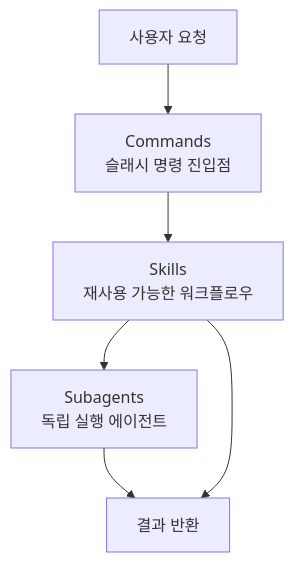
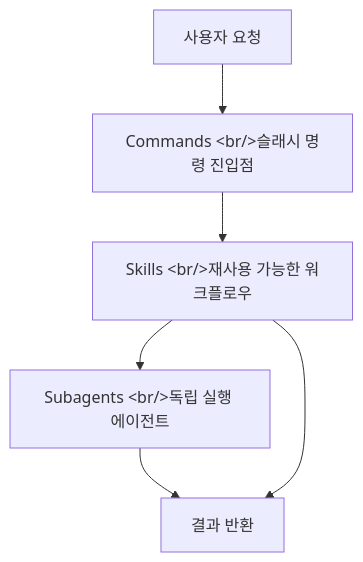
Before and after one commit to ice-ice-bear/ice-ice-bear.github.io: the first of 5 diagrams in content/posts/2026-03-04-claude-code-skills-subagents-commands.md, drawn with Mermaid. The commit also changed other lines of this file and 5 other files, not shown here.

First line of the commit message:
fix: use HTML entities for <br/> in mermaid labels to prevent Hugo safeHTML rendering

````diff
--- a/content/posts/2026-03-04-claude-code-skills-subagents-commands.md
+++ b/content/posts/2026-03-04-claude-code-skills-subagents-commands.md
@@ -15,8 +15,8 @@
 ```mermaid
 graph TD
-    U[사용자 요청] --> C["Commands<br/>슬래시 명령 진입점"]
-    C --> S["Skills<br/>재사용 가능한 워크플로우"]
-    S --> A["Subagents<br/>독립 실행 에이전트"]
+    U[사용자 요청] --> C["Commands &lt;br/&gt;슬래시 명령 진입점"]
+    C --> S["Skills &lt;br/&gt;재사용 가능한 워크플로우"]
+    S --> A["Subagents &lt;br/&gt;독립 실행 에이전트"]
     A --> R[결과 반환]
     S --> R
 ```
````
